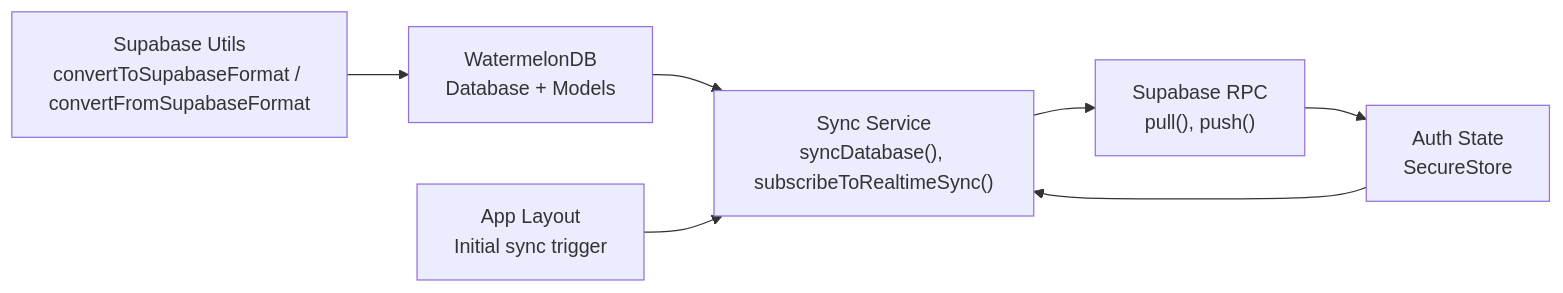
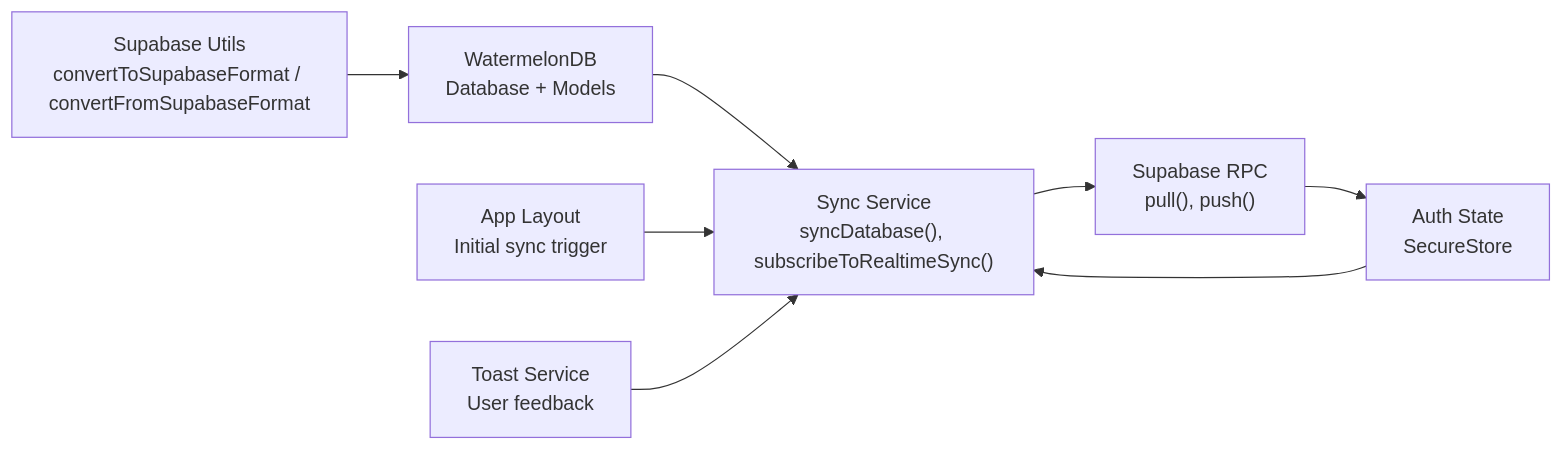
The sixth of 6 diagrams in .qoder/repowiki/en/content/Services and Utilities/Data Synchronization.md (karllasouzza/PowerLists), drawn with Mermaid before and after one commit. The commit also changed other lines of this file and 5 other files, not shown here.

````diff
--- a/.qoder/repowiki/en/content/Services and Utilities/Data Synchronization.md
+++ b/.qoder/repowiki/en/content/Services and Utilities/Data Synchronization.md
@@ -277,15 +277,17 @@
 ```mermaid
 graph LR
 Utils["Supabase Utils<br/>convertToSupabaseFormat / convertFromSupabaseFormat"]
 DB["WatermelonDB<br/>Database + Models"]
 Sync["Sync Service<br/>syncDatabase(), subscribeToRealtimeSync()"]
 RPC["Supabase RPC<br/>pull(), push()"]
 Auth["Auth State<br/>SecureStore"]
 Layout["App Layout<br/>Initial sync trigger"]
+Toast["Toast Service<br/>User feedback"]
 Utils --> DB
 DB --> Sync
 Sync --> RPC
 RPC --> Auth
 Auth --> Sync
 Layout --> Sync
+Toast --> Sync
 ```
````
